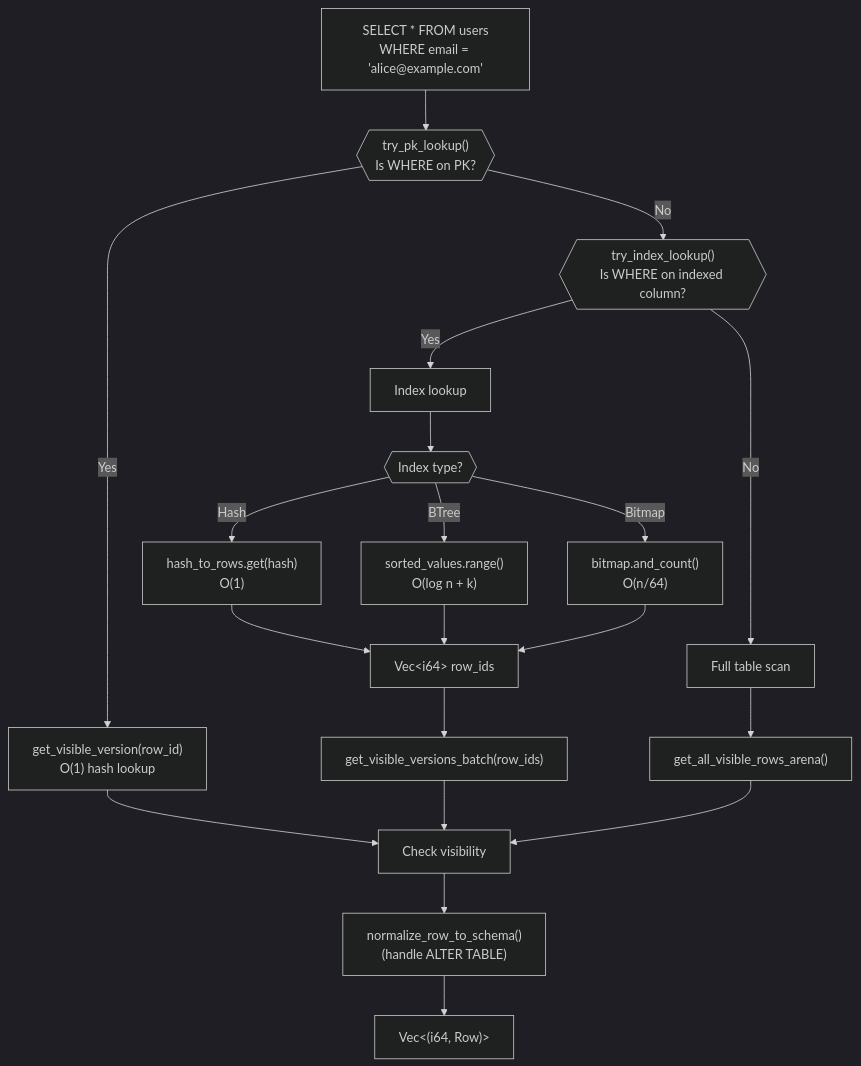
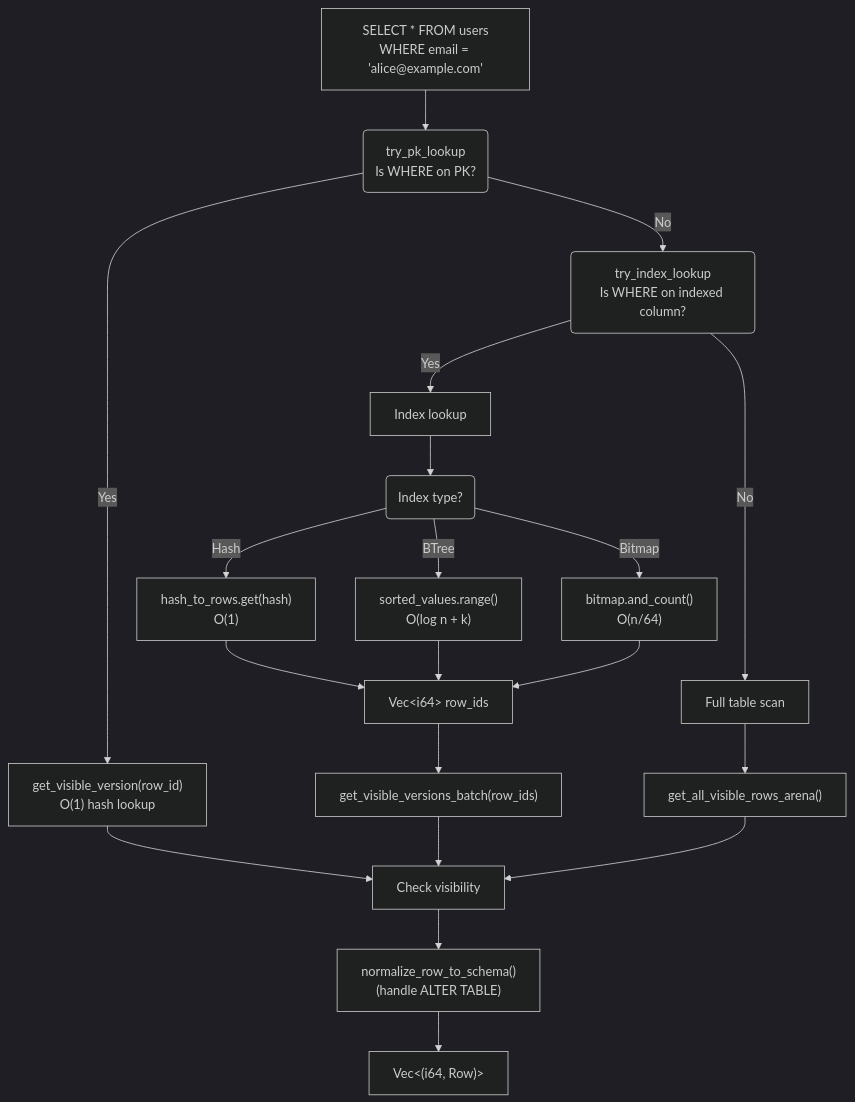
The seventh of 9 diagrams in docs/_docs/architecture/mvcc-implementation.md (oxibase/oxibase), drawn with Mermaid (dark theme) before and after one commit. The commit also changed other lines of this file and 20 other files, not shown here.

````diff
--- a/docs/_docs/architecture/mvcc-implementation.md
+++ b/docs/_docs/architecture/mvcc-implementation.md
@@ -341,32 +341,34 @@
 ```mermaid
+
 flowchart TD
     Query["SELECT * FROM users<br/>WHERE email = 'alice@example.com'"]
     
-    Query --> TryPK{{"try_pk_lookup()<br/>Is WHERE on PK?"}}
+    Query --> TryPK("try_pk_lookup<br/>Is WHERE on PK?")
     
     TryPK -->|Yes| PKLookup["get_visible_version(row_id)<br/>O(1) hash lookup"]
-    TryPK -->|No| TryIndex{{"try_index_lookup()<br/>Is WHERE on indexed column?"}}
+    TryPK -->|No| TryIndex("try_index_lookup<br/>Is WHERE on indexed column?")
     
     TryIndex -->|Yes| IndexPath["Index lookup"]
     TryIndex -->|No| FullScan["Full table scan"]
     
-    IndexPath --> HashIndex{{"Index type?"}}
+    IndexPath --> HashIndex("Index type?")
     HashIndex -->|Hash| HashFind["hash_to_rows.get(hash)<br/>O(1)"]
     HashIndex -->|BTree| BTreeFind["sorted_values.range()<br/>O(log n + k)"]
     HashIndex -->|Bitmap| BitmapFind["bitmap.and_count()<br/>O(n/64)"]
     
     HashFind --> RowIDs["Vec&lt;i64&gt; row_ids"]
     BTreeFind --> RowIDs
     BitmapFind --> RowIDs
     
     RowIDs --> BatchGet["get_visible_versions_batch(row_ids)"]
     
     PKLookup --> CheckVis["Check visibility"]
     BatchGet --> CheckVis
     FullScan --> ArenaIter["get_all_visible_rows_arena()"]
     
     ArenaIter --> CheckVis
     
     CheckVis --> Normalize["normalize_row_to_schema()<br/>(handle ALTER TABLE)"]
     Normalize --> Results["Vec&lt;(i64, Row)&gt;"]
+
 ```
````
